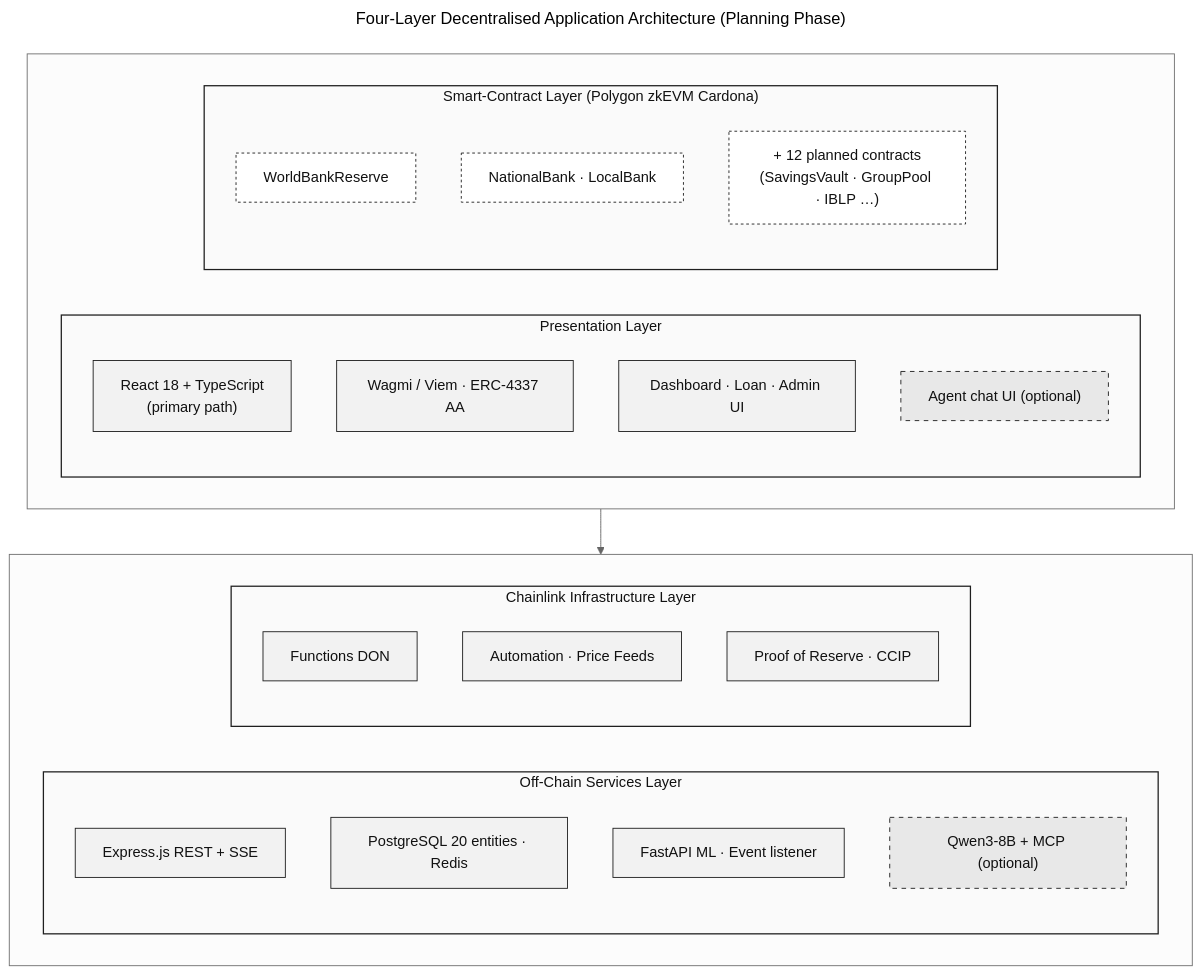
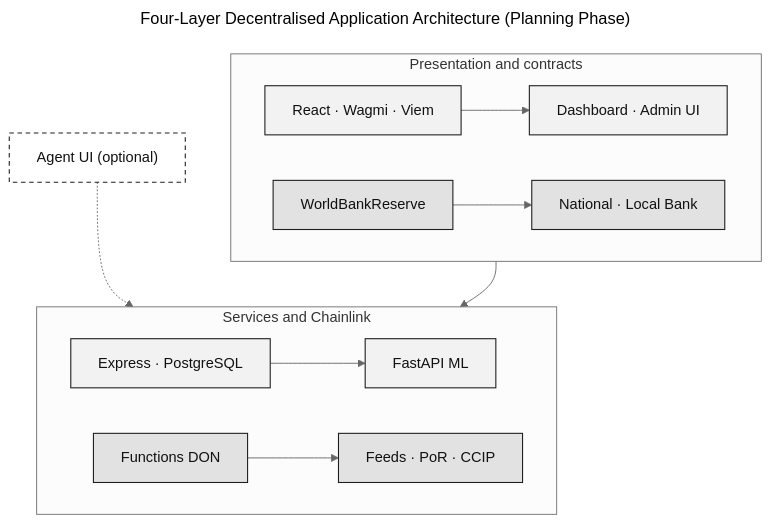
The diagram in Documentation/Diagrams/mermaid-src/improved diagrams/fig-three-layer-arch.mmd (Yuvraajrahman/Cryto-World-Bank), drawn with Mermaid (neutral theme) before and after one commit. The commit also changed 93 other files, not shown here.

First line of the commit message:
Add v30 thesis draft with Chapter 1 Mermaid diagrams and diagram pipeline updates.

```diff
--- a/Documentation/Diagrams/mermaid-src/improved diagrams/fig-three-layer-arch.mmd
+++ b/Documentation/Diagrams/mermaid-src/improved diagrams/fig-three-layer-arch.mmd
@@ -1,46 +1,30 @@
 ---
 title: Four-Layer Decentralised Application Architecture (Planning Phase)
 ---
 flowchart TB
-    classDef layer fill:#FAFAFA,stroke:#1F1F1F,stroke-width:1.4px,color:#111111
-    classDef tech  fill:#F2F2F2,stroke:#1F1F1F,stroke-width:1px,color:#111111
-    classDef spec fill:#FFFFFF,stroke:#1F1F1F,stroke-width:1px,color:#111111,stroke-dasharray:3 3
-    classDef opt   fill:#E8E8E8,stroke:#1F1F1F,stroke-width:1px,color:#111111,stroke-dasharray:5 5
+    classDef step fill:#F2F2F2,stroke:#1F1F1F,stroke-width:1.2px,color:#111111
+    classDef chain fill:#E2E2E2,stroke:#1F1F1F,stroke-width:1.2px,color:#111111
+    classDef opt fill:#FFFFFF,stroke:#1F1F1F,stroke-width:1.2px,color:#111111,stroke-dasharray:5 4
 
-    subgraph ROW1[" "]
+    subgraph L12[" Presentation and contracts "]
         direction LR
-        subgraph PRES[" Presentation Layer "]
-            direction TB
-            P1["React 18 + TypeScript<br/>(primary path)"]:::tech
-            P2["Wagmi / Viem · ERC-4337 AA"]:::tech
-            P3["Dashboard · Loan · Admin UI"]:::tech
-            P4["Agent chat UI (optional)"]:::opt
-        end
-        subgraph SC[" Smart-Contract Layer (Polygon zkEVM Cardona) "]
-            direction TB
-            S1["WorldBankReserve"]:::spec
-            S2["NationalBank · LocalBank"]:::spec
-            S3["+ 12 planned contracts<br/>(SavingsVault · GroupPool · IBLP …)"]:::spec
-        end
+        P1["React · Wagmi · Viem"]:::step
+        P2["Dashboard · Admin UI"]:::step
+        S1["WorldBankReserve"]:::chain
+        S2["National · Local Bank"]:::chain
+        P1 --> P2
+        S1 --> S2
     end
 
-    subgraph ROW2[" "]
+    subgraph L34[" Services and Chainlink "]
         direction LR
-        subgraph OFF[" Off-Chain Services Layer "]
-            direction TB
-            O1["Express.js REST + SSE"]:::tech
-            O2["PostgreSQL 20 entities · Redis"]:::tech
-            O3["FastAPI ML · Event listener"]:::tech
-            O4["Qwen3-8B + MCP (optional)"]:::opt
-        end
-        subgraph CL[" Chainlink Infrastructure Layer "]
-            direction TB
-            C1["Functions DON"]:::tech
-            C2["Automation · Price Feeds"]:::tech
-            C3["Proof of Reserve · CCIP"]:::tech
-        end
+        O1["Express · PostgreSQL"]:::step
+        O2["FastAPI ML"]:::step
+        C1["Functions DON"]:::chain
+        C2["Feeds · PoR · CCIP"]:::chain
+        O1 --> O2
+        C1 --> C2
     end
 
-    ROW1 --> ROW2
-
-    class PRES,SC,OFF,CL layer
+    AG["Agent UI (optional)"]:::opt -.-> O1
+    L12 --> L34
```
